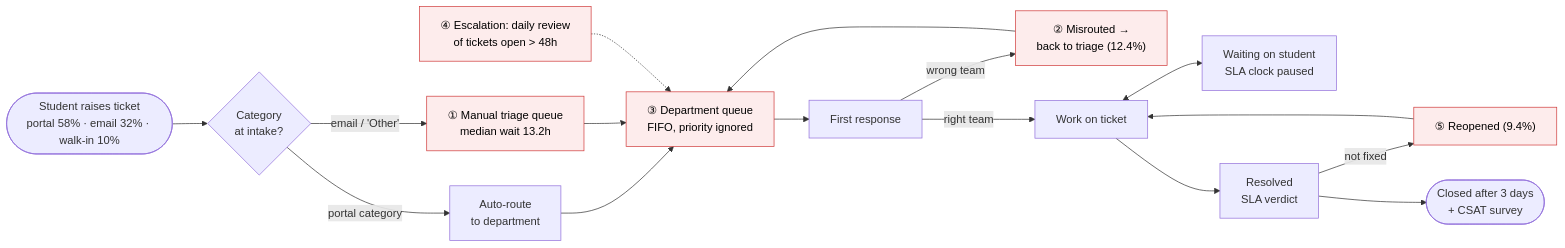
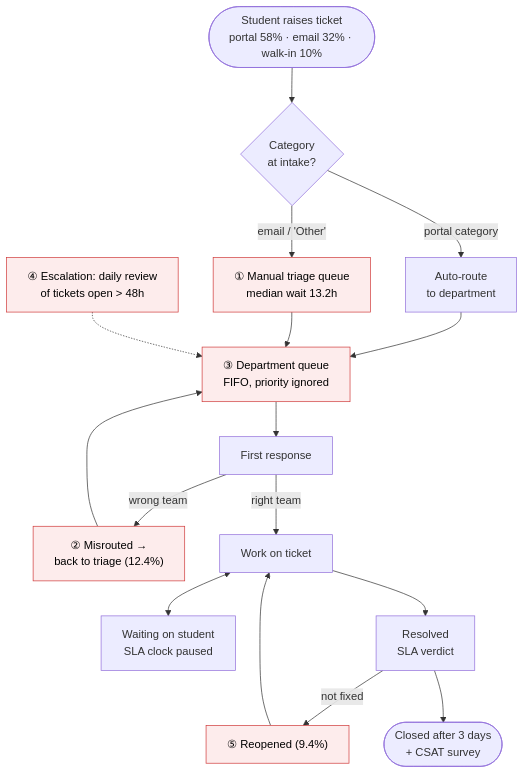
Before and after one commit to LAKSHYAMEWARA0025/campusdesk-fde-assignment: the first of 7 diagrams in README.md, drawn with Mermaid. The commit also changed other lines of this file, not shown here.

Commit message:
README: top-down layout for workflow and pipeline diagrams

````diff
--- a/README.md
+++ b/README.md
@@ -50,19 +50,19 @@
 ```mermaid
-flowchart LR
+flowchart TD
     S([Student raises ticket<br/>portal 58% · email 32% · walk-in 10%]) --> R{Category<br/>at intake?}
     R -- "portal category" --> A[Auto-route<br/>to department]
     R -- "email / 'Other'" --> M["① Manual triage queue<br/>median wait 13.2h"]:::pain
     A --> Q["③ Department queue<br/>FIFO, priority ignored"]:::pain
     M --> Q
     Q --> F[First response]
     F -- "wrong team" --> X["② Misrouted →<br/>back to triage (12.4%)"]:::pain
     X --> Q
     F -- "right team" --> W[Work on ticket]
     W <--> P[Waiting on student<br/>SLA clock paused]
     W --> RS[Resolved<br/>SLA verdict]
     RS -- "not fixed" --> RO["⑤ Reopened (9.4%)"]:::pain
     RO --> W
     RS --> C([Closed after 3 days<br/>+ CSAT survey])
     E["④ Escalation: daily review<br/>of tickets open > 48h"]:::pain -.-> Q
     classDef pain fill:#fdecec,stroke:#d03b3b,color:#000
 ```
````
